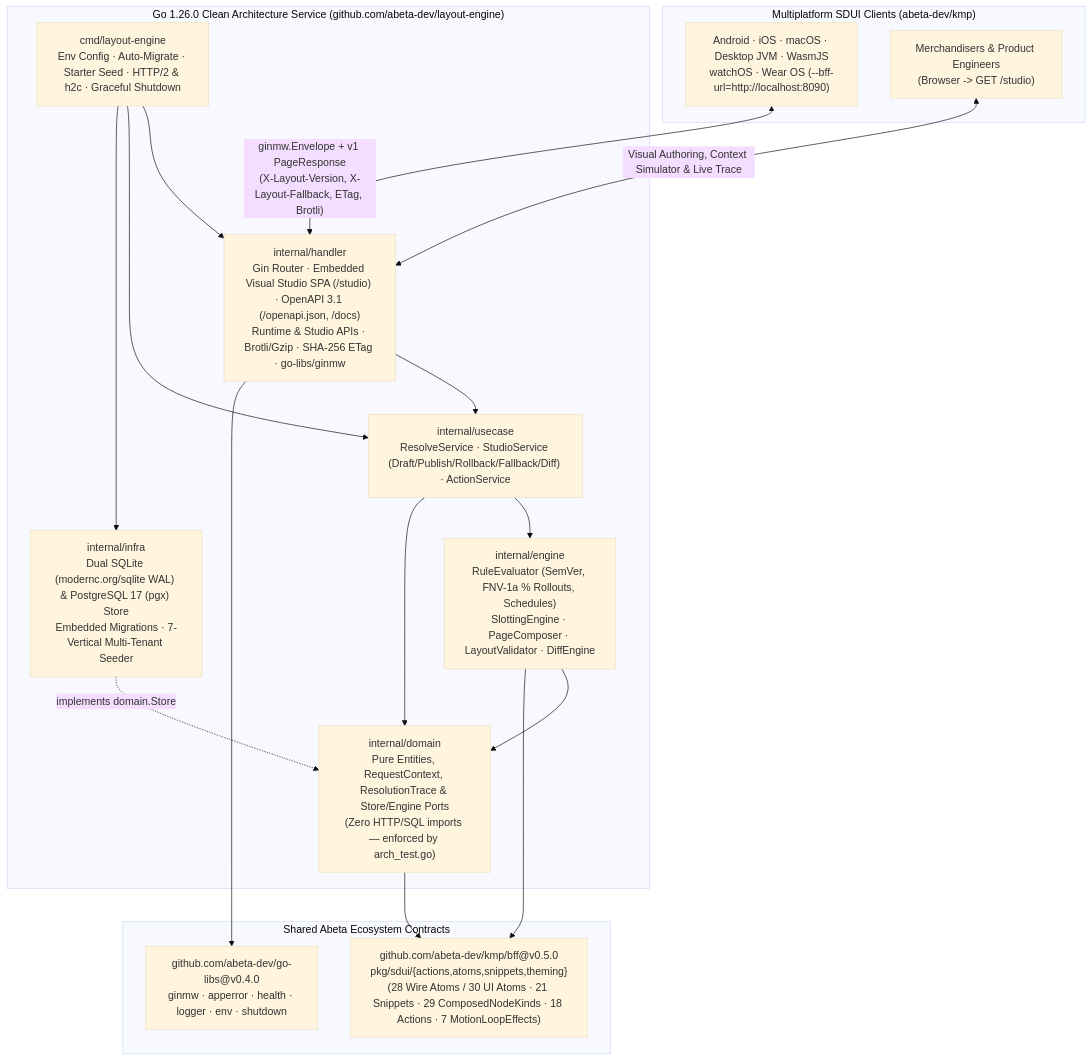
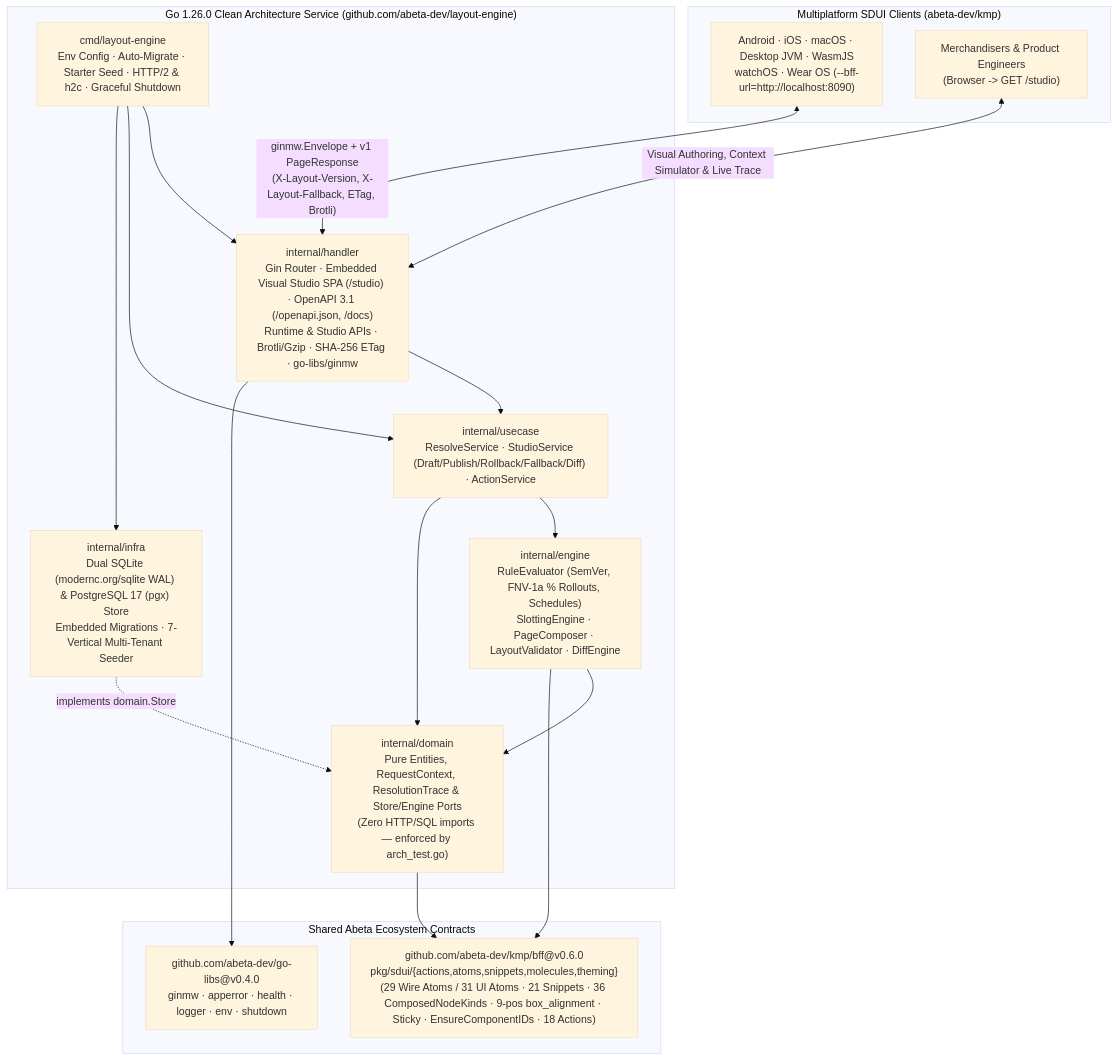
One commit to Abeta-dev/layout-engine changed the diagram in README.md. Above: the diagram before and after it, drawn with Mermaid (base theme). The commit also changed other lines of this file and 36 other files, not shown here.

Commit message:
feat(engine): upgrade to v0.4.0 with kmp/bff v0.6.0 (36 ComposedNodeKinds, box_alignment, Sticky, EnsureComponentIDs, CI Quality Gate)

````diff
--- a/README.md
+++ b/README.md
@@ -20,36 +20,36 @@
 ```mermaid
 flowchart TB
     subgraph Clients["Multiplatform SDUI Clients (abeta-dev/kmp)"]
         KMP["Android · iOS · macOS · Desktop JVM · WasmJS\nwatchOS · Wear OS (--bff-url=http://localhost:8090)"]
         STUDIO_USER["Merchandisers & Product Engineers\n(Browser -> GET /studio)"]
     end
 
     subgraph EngineApp["Go 1.26.0 Clean Architecture Service (github.com/abeta-dev/layout-engine)"]
         CMD["cmd/layout-engine\nEnv Config · Auto-Migrate · Starter Seed · HTTP/2 & h2c · Graceful Shutdown"]
         HANDLER["internal/handler\nGin Router · Embedded Visual Studio SPA (/studio) · OpenAPI 3.1 (/openapi.json, /docs)\nRuntime & Studio APIs · Brotli/Gzip · SHA-256 ETag · go-libs/ginmw"]
         USECASE["internal/usecase\nResolveService · StudioService (Draft/Publish/Rollback/Fallback/Diff) · ActionService"]
         ENGINE["internal/engine\nRuleEvaluator (SemVer, FNV-1a % Rollouts, Schedules)\nSlottingEngine · PageComposer · LayoutValidator · DiffEngine"]
         DOMAIN["internal/domain\nPure Entities, RequestContext, ResolutionTrace & Store/Engine Ports\n(Zero HTTP/SQL imports — enforced by arch_test.go)"]
         INFRA["internal/infra\nDual SQLite (modernc.org/sqlite WAL) & PostgreSQL 17 (pgx) Store\nEmbedded Migrations · 7-Vertical Multi-Tenant Seeder"]
 
         CMD --> HANDLER
         CMD --> USECASE
         CMD --> INFRA
         HANDLER --> USECASE
         USECASE --> ENGINE
         USECASE --> DOMAIN
         ENGINE --> DOMAIN
         INFRA -. "implements domain.Store" .-> DOMAIN
     end
 
     subgraph Shared["Shared Abeta Ecosystem Contracts"]
-        KMP_WIRE["github.com/abeta-dev/kmp/bff@v0.5.0\npkg/sdui/{actions,atoms,snippets,theming}\n(28 Wire Atoms / 30 UI Atoms · 21 Snippets · 29 ComposedNodeKinds · 18 Actions · 7 MotionLoopEffects)"]
+        KMP_WIRE["github.com/abeta-dev/kmp/bff@v0.6.0\npkg/sdui/{actions,atoms,snippets,molecules,theming}\n(29 Wire Atoms / 31 UI Atoms · 21 Snippets · 36 ComposedNodeKinds · 9-pos box_alignment · Sticky · EnsureComponentIDs · 18 Actions)"]
         GOLIBS["github.com/abeta-dev/go-libs@v0.4.0\nginmw · apperror · health · logger · env · shutdown"]
     end
 
     KMP <-- "ginmw.Envelope + v1 PageResponse\n(X-Layout-Version, X-Layout-Fallback, ETag, Brotli)" --> HANDLER
     STUDIO_USER <-- "Visual Authoring, Context Simulator & Live Trace" --> HANDLER
     DOMAIN --> KMP_WIRE
     ENGINE --> KMP_WIRE
     HANDLER --> GOLIBS
 ```
````
